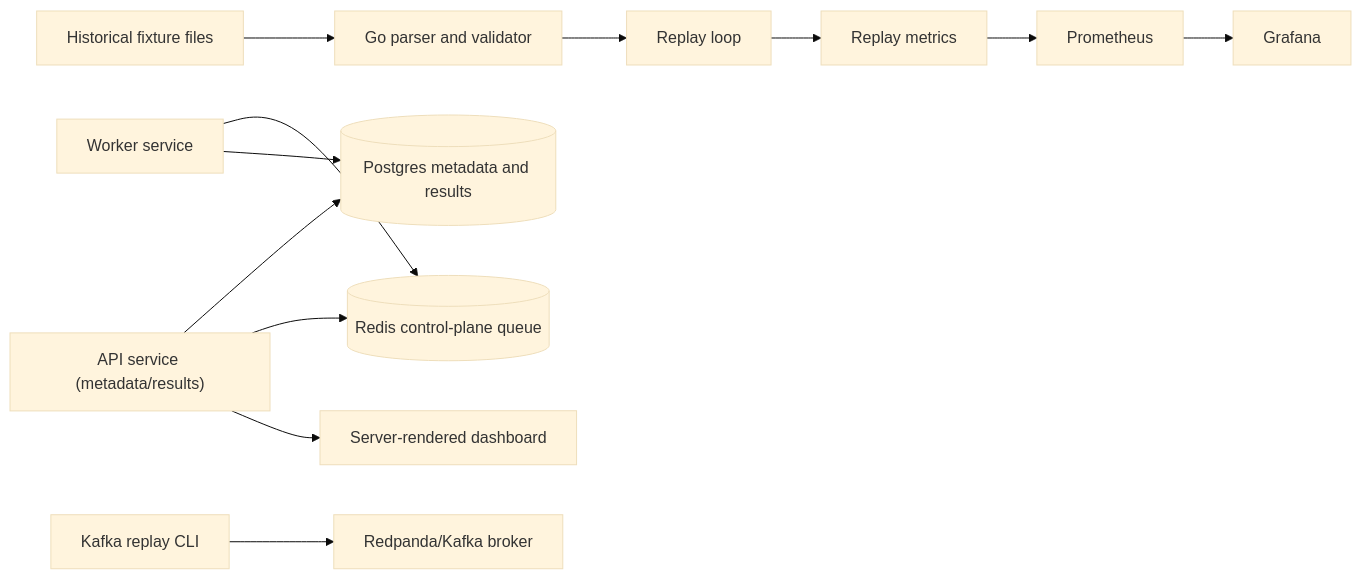
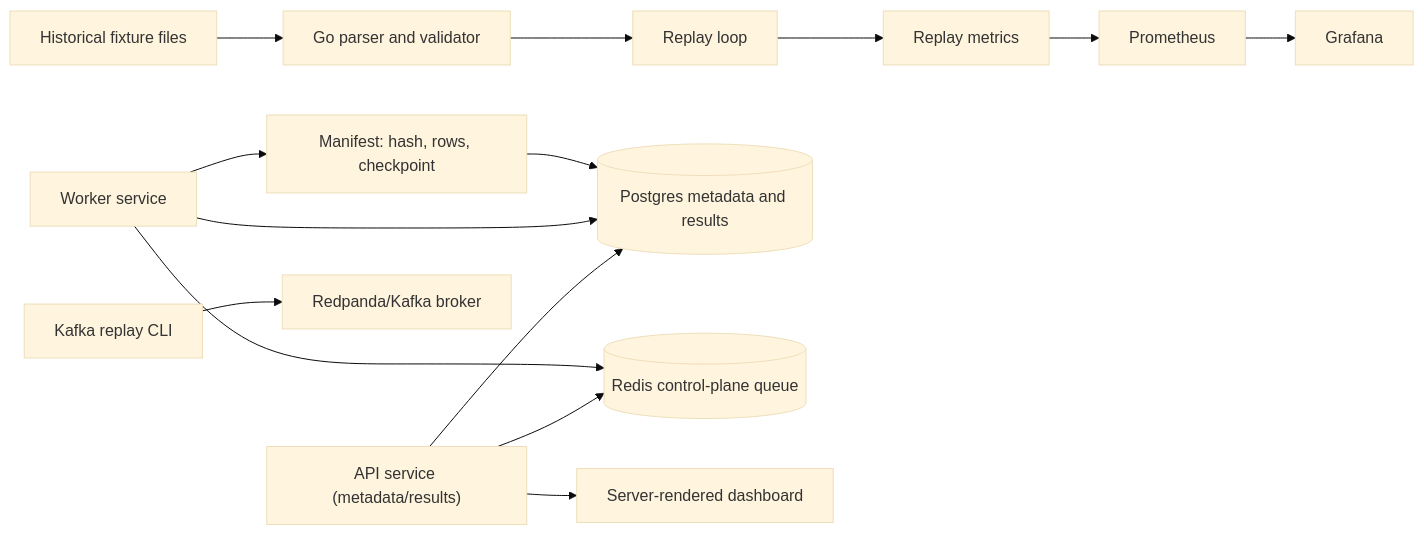
One commit to OrrinChen/market-replay changed the diagram in docs/OPERATIONS.md. Above: the diagram before and after it, drawn with Mermaid (base theme). The commit also changed other lines of this file and 30 other files, not shown here.

````diff
--- a/docs/OPERATIONS.md
+++ b/docs/OPERATIONS.md
@@ -27,14 +27,16 @@
 ```mermaid
 flowchart LR
     Files["Historical fixture files"] --> Parser["Go parser and validator"]
     Parser --> Replay["Replay loop"]
     Replay --> Metrics["Replay metrics"]
     API["API service (metadata/results)"] --> Postgres[("Postgres metadata and results")]
     API --> Redis[("Redis control-plane queue")]
     Worker["Worker service"] --> Redis
     Worker --> Postgres
+    Worker --> Manifest["Manifest: hash, rows, checkpoint"]
+    Manifest --> Postgres
     KafkaReplay["Kafka replay CLI"] --> Kafka["Redpanda/Kafka broker"]
     Metrics --> Prometheus["Prometheus"]
     Prometheus --> Grafana["Grafana"]
     API --> Dashboard["Server-rendered dashboard"]
 ```
````
